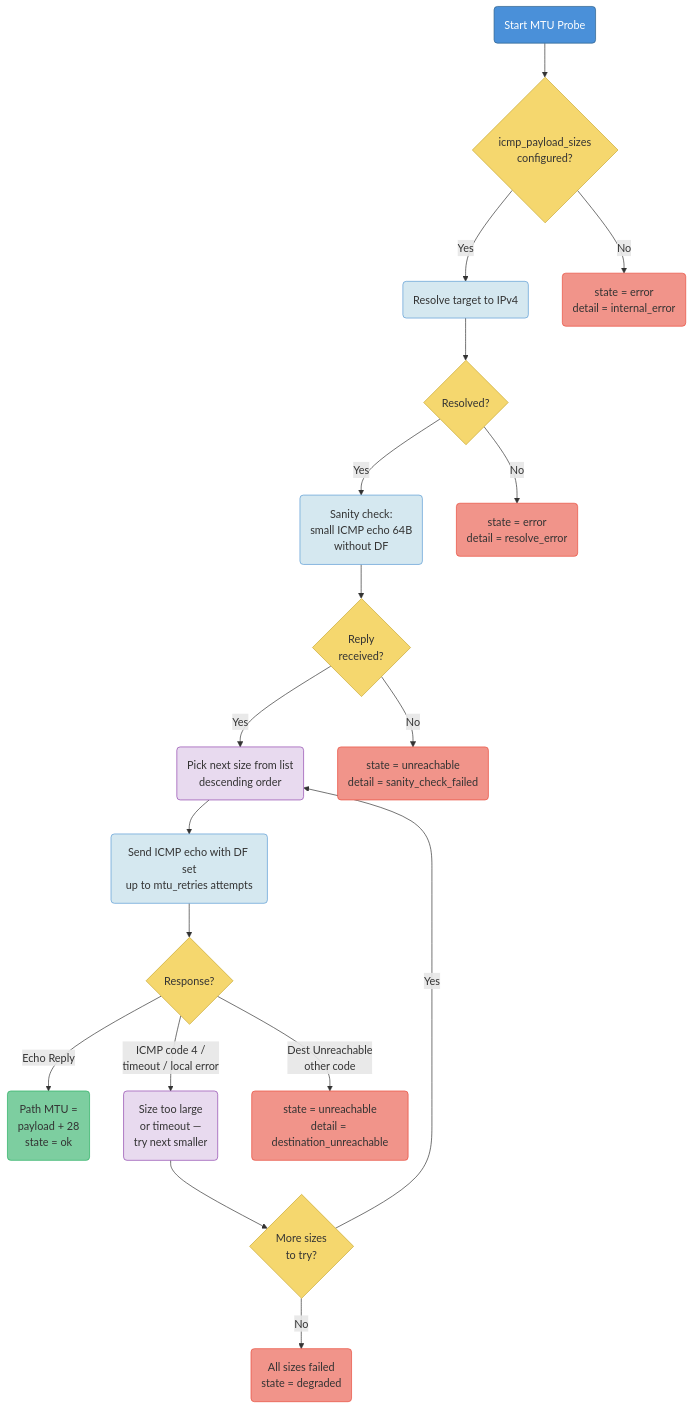
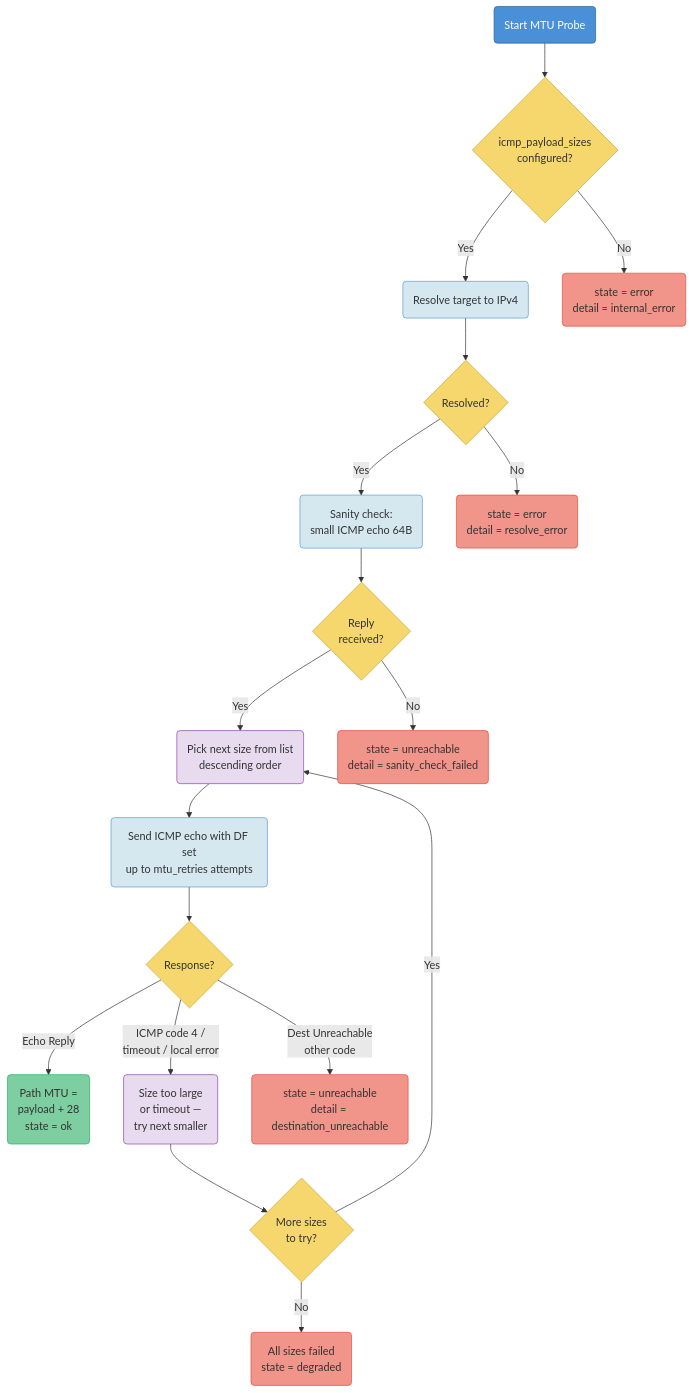
One commit to luk-kop/netsonar changed the second of 3 diagrams in docs/mtu-pmtud.md. Above: the diagram before and after it, drawn with Mermaid. The commit also changed other lines of this file and 73 other files, not shown here.

````diff
--- a/docs/mtu-pmtud.md
+++ b/docs/mtu-pmtud.md
@@ -80,45 +89,45 @@
 ```mermaid
 flowchart TD
     classDef startEnd fill:#4a90d9,stroke:#2c5f8a,color:#fff
     classDef check fill:#f5d76e,stroke:#c9a832,color:#333
     classDef success fill:#7dcea0,stroke:#27ae60,color:#333
     classDef failure fill:#f1948a,stroke:#e74c3c,color:#333
     classDef process fill:#d5e8f0,stroke:#5b9bd5,color:#333
     classDef loop fill:#e8daef,stroke:#8e44ad,color:#333
 
     START(Start MTU Probe):::startEnd
     VALIDATE{icmp_payload_sizes<br/>configured?}:::check
     RESOLVE(Resolve target to IPv4):::process
     RESOLVE_OK{Resolved?}:::check
-    SANITY(Sanity check:<br/>small ICMP echo 64B<br/>without DF):::process
+    SANITY(Sanity check:<br/>small ICMP echo 64B):::process
     SANITY_OK{Reply<br/>received?}:::check
     LOOP(Pick next size from list<br/>descending order):::loop
     SEND(Send ICMP echo with DF set<br/>up to mtu_retries attempts):::process
     RESULT{Response?}:::check
     SUCCESS(Path MTU =<br/>payload + 28<br/>state = ok):::success
     TOO_LARGE(Size too large<br/>or timeout —<br/>try next smaller):::loop
     UNREACH(state = unreachable<br/>detail = destination_unreachable):::failure
     ALL_FAIL(All sizes failed<br/>state = degraded):::failure
     ERR_CFG(state = error<br/>detail = internal_error):::failure
     ERR_DNS(state = error<br/>detail = resolve_error):::failure
     ERR_SANITY(state = unreachable<br/>detail = sanity_check_failed):::failure
     MORE{More sizes<br/>to try?}:::check
 
     START --> VALIDATE
     VALIDATE -- No --> ERR_CFG
     VALIDATE -- Yes --> RESOLVE
     RESOLVE --> RESOLVE_OK
     RESOLVE_OK -- No --> ERR_DNS
     RESOLVE_OK -- Yes --> SANITY
     SANITY --> SANITY_OK
     SANITY_OK -- No --> ERR_SANITY
     SANITY_OK -- Yes --> LOOP
     LOOP --> SEND
     SEND --> RESULT
     RESULT -- Echo Reply --> SUCCESS
     RESULT -- ICMP code 4 /<br/>timeout / local error --> TOO_LARGE
     RESULT -- Dest Unreachable<br/>other code --> UNREACH
     TOO_LARGE --> MORE
     MORE -- Yes --> LOOP
     MORE -- No --> ALL_FAIL
 ```
````
